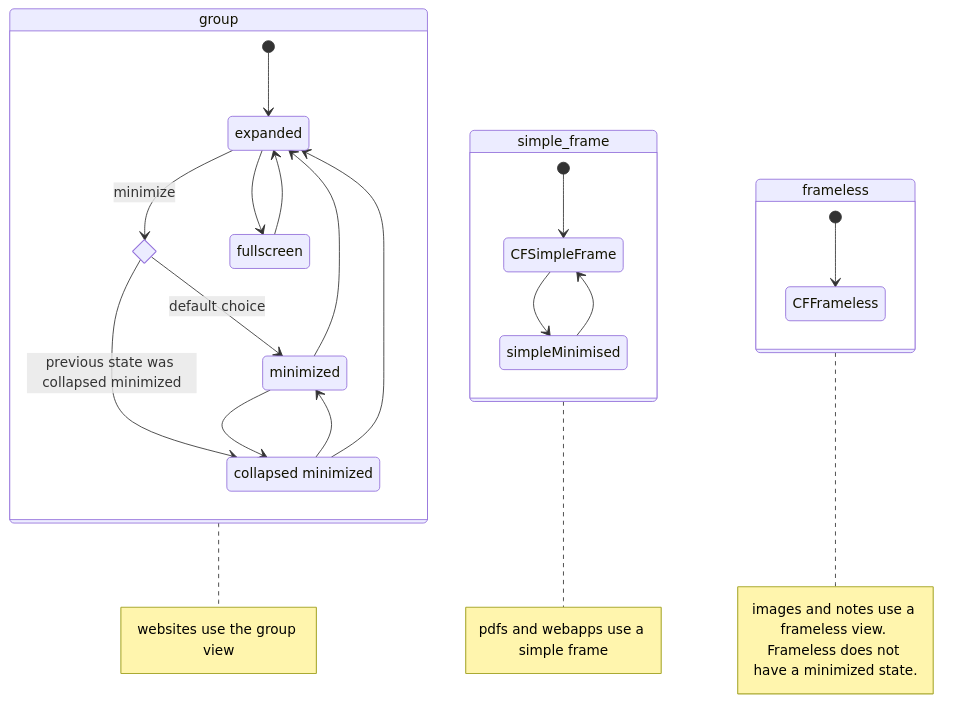
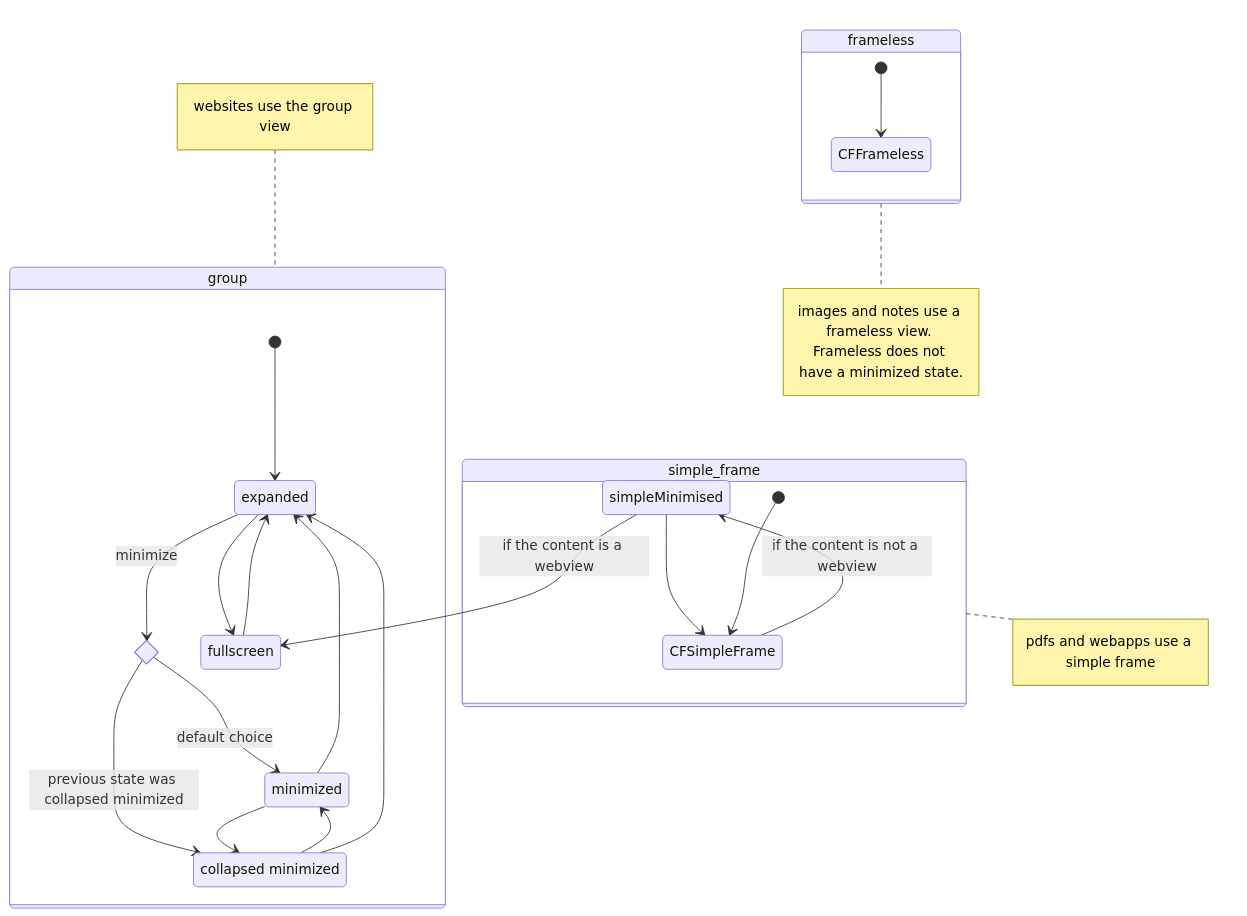
The diagram in README.md (enai-computer/takahe), drawn with Mermaid before and after one commit.

Commit message:
updated readme with missing transition in view state

````diff
--- a/README.md
+++ b/README.md
@@ -26,41 +26,42 @@
 ```mermaid
 stateDiagram
   direction TB
   state group {
     direction TB
     [*] --> expanded
     state min_choice <<choice>>
 
     expanded --> min_choice:minimize
     min_choice --> minimized:default choice
     min_choice --> collapsed_minimized:previous state was collapsed minimized
     minimized --> collapsed_minimized
     collapsed_minimized --> minimized
     collapsed_minimized --> expanded
     minimized --> expanded
     expanded --> fullscreen
     fullscreen --> expanded
+    simpleMinimised --> fullscreen:if the content is a webview
 [*]    expanded
     min_choice
     minimized
     collapsed_minimized
     fullscreen
   }
   state simple_frame {
     direction TB
+    simpleMinimised --> CFSimpleFrame
+    CFSimpleFrame --> simpleMinimised:if the content is not a webview
     [*] --> CFSimpleFrame
-    CFSimpleFrame --> simpleMinimised
-    simpleMinimised --> CFSimpleFrame
 [*]    CFSimpleFrame
     simpleMinimised
   }
   state frameless {
     direction TB
     [*] --> CFFrameless
 [*]    CFFrameless
   }
   collapsed_minimized:collapsed minimized
-  note right of group : websites use the group view
+  note left of group : websites use the group view
   note right of simple_frame : pdfs and webapps use a simple frame
   note right of frameless : images and notes use a frameless view. Frameless does not have a minimized state.
 ```
````
